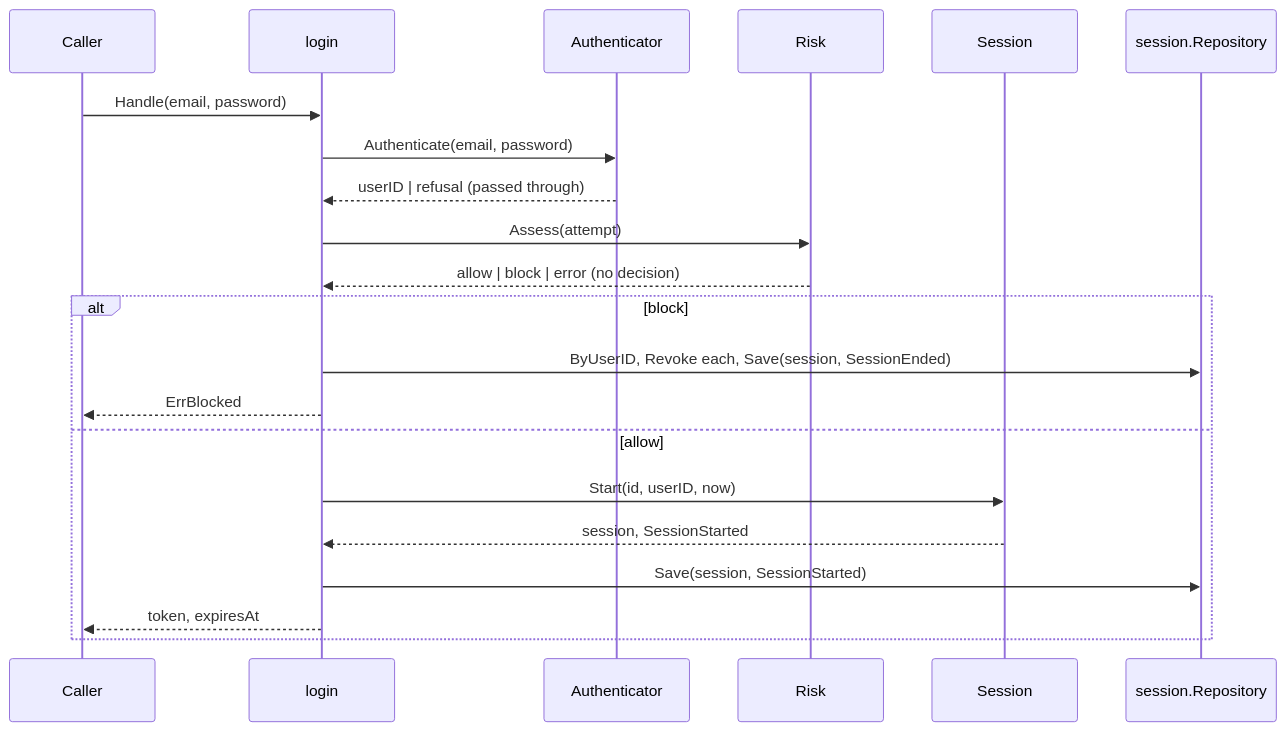
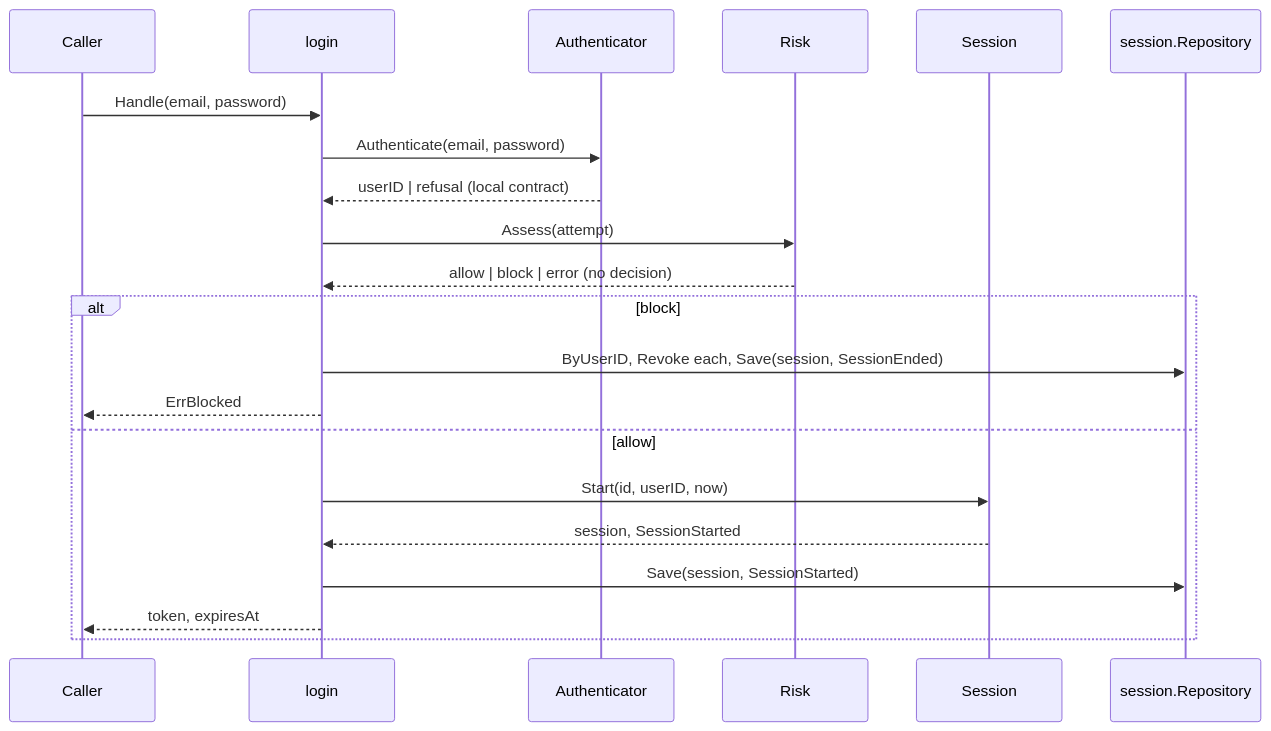
One commit to shortlink-org/portolan changed the diagram in .claude/skills/ddd-use-case/SKILL.md. Above: the diagram before and after it, drawn with Mermaid. The commit also changed other lines of this file and 67 other files, not shown here.

````diff
--- a/.claude/skills/ddd-use-case/SKILL.md
+++ b/.claude/skills/ddd-use-case/SKILL.md
@@ -83,23 +88,23 @@
 ```mermaid
 sequenceDiagram
     participant C as Caller
     participant L as login
     participant A as Authenticator
     participant R as Risk
     participant S as Session
     participant Repo as session.Repository
     C->>L: Handle(email, password)
     L->>A: Authenticate(email, password)
-    A-->>L: userID | refusal (passed through)
+    A-->>L: userID | refusal (local contract)
     L->>R: Assess(attempt)
     R-->>L: allow | block | error (no decision)
     alt block
         L->>Repo: ByUserID, Revoke each, Save(session, SessionEnded)
         L-->>C: ErrBlocked
     else allow
         L->>S: Start(id, userID, now)
         S-->>L: session, SessionStarted
         L->>Repo: Save(session, SessionStarted)
         L-->>C: token, expiresAt
     end
 ```
````
